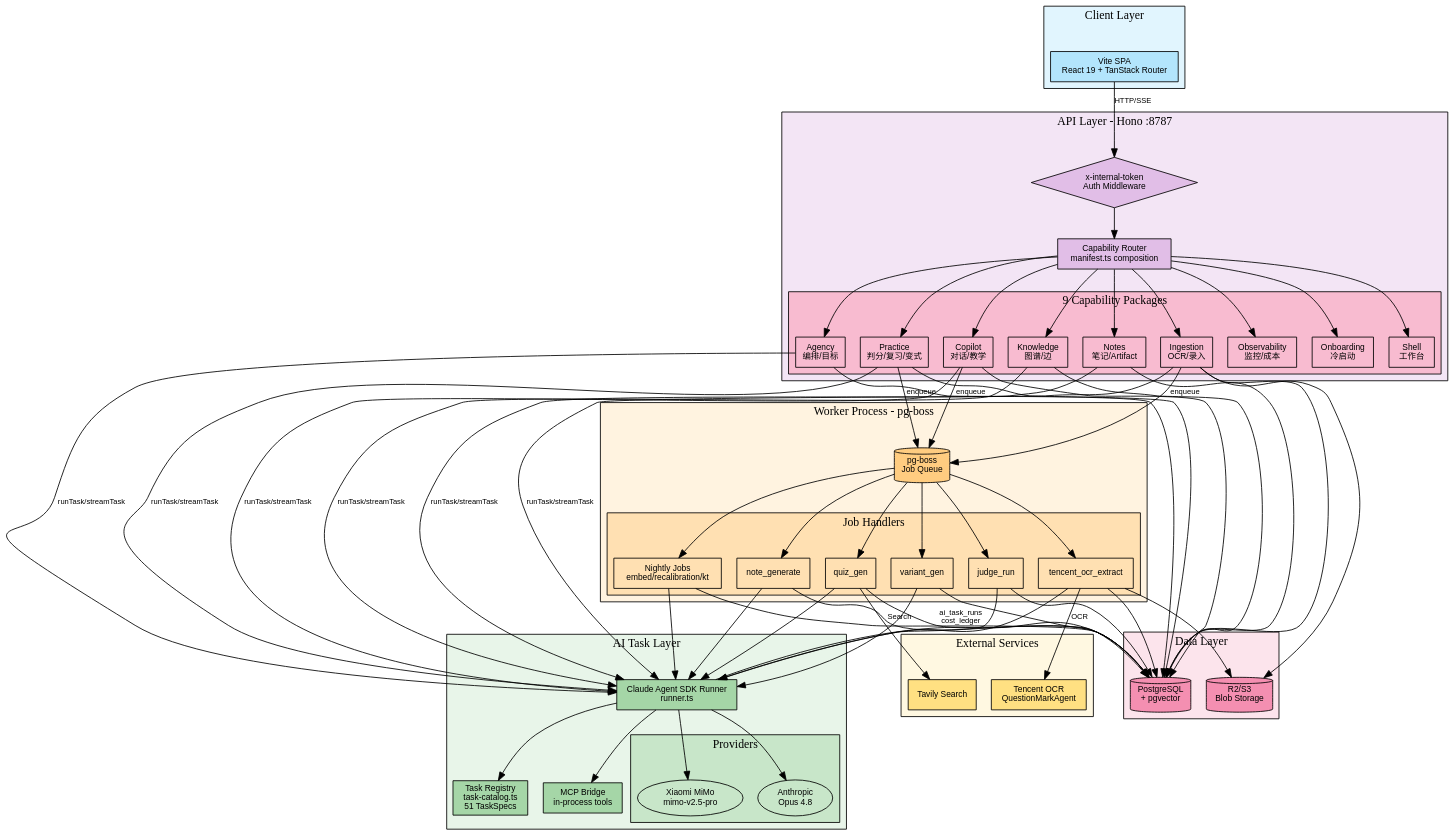
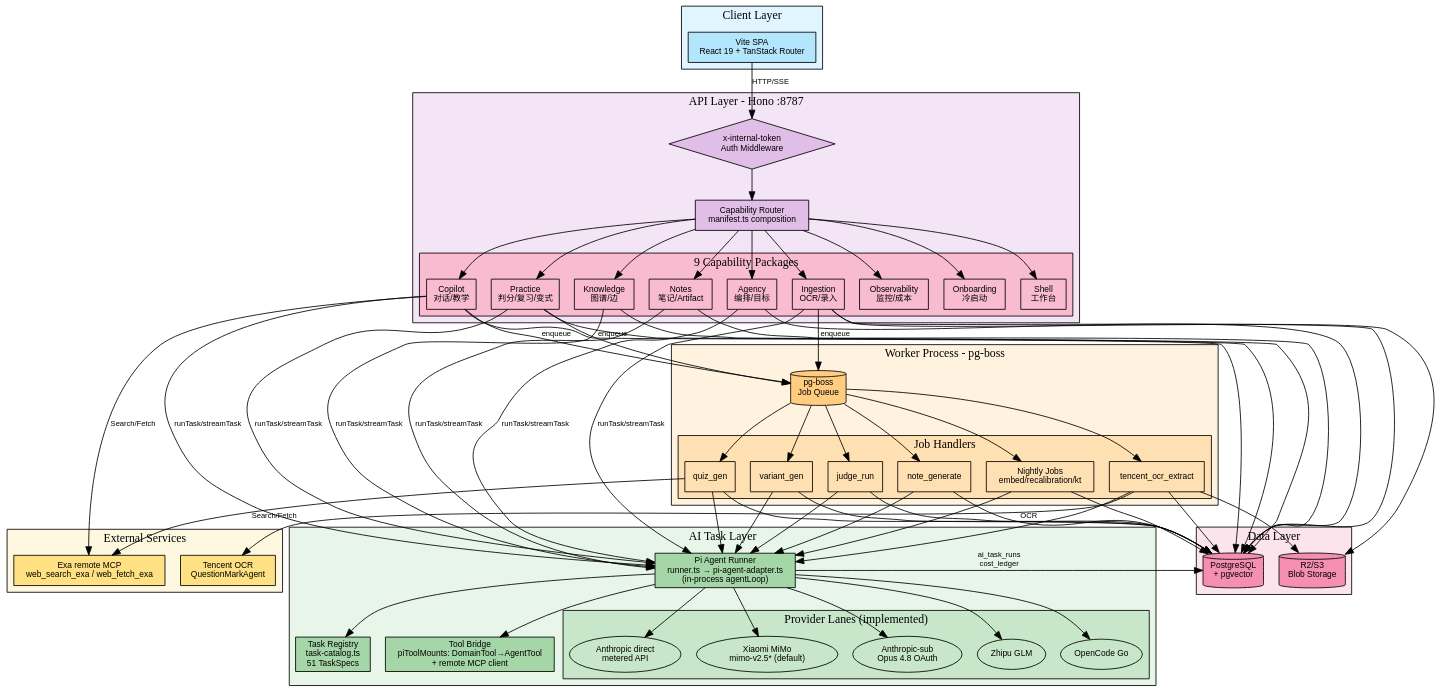
Before and after one commit to Yukoval-Dakia/the-learning-project: the diagram in docs/architecture/ai-pipeline.dot, drawn with Graphviz. The commit also changed 4 other files, not shown here.

First line of the commit message:
docs(YUK-1030): sync ai-pipeline architecture doc with pi reality + restore missing design docs

```diff
--- a/docs/architecture/ai-pipeline.dot
+++ b/docs/architecture/ai-pipeline.dot
@@ -1,164 +1,171 @@
 digraph AIPipeline {
   rankdir=TB;
   bgcolor="transparent";
   node [fontname="Helvetica", fontsize=10];
   edge [fontname="Helvetica", fontsize=9];
 
   // Client Layer
   subgraph cluster_client {
     label="Client Layer";
     style=filled;
     fillcolor="#e1f5fe";
     SPA [label="Vite SPA\nReact 19 + TanStack Router", shape=box, style=filled, fillcolor="#b3e5fc"];
   }
 
   // API Layer
   subgraph cluster_api {
     label="API Layer - Hono :8787";
     style=filled;
     fillcolor="#f3e5f5";
     
     Auth [label="x-internal-token\nAuth Middleware", shape=diamond, style=filled, fillcolor="#e1bee7"];
     Router [label="Capability Router\nmanifest.ts composition", shape=box, style=filled, fillcolor="#e1bee7"];
     
     subgraph cluster_capabilities {
       label="9 Capability Packages";
       style=filled;
       fillcolor="#f8bbd0";
       Practice [label="Practice\n判分/复习/变式", shape=box];
       Copilot [label="Copilot\n对话/教学", shape=box];
       Ingestion [label="Ingestion\nOCR/录入", shape=box];
       Knowledge [label="Knowledge\n图谱/边", shape=box];
       Notes [label="Notes\n笔记/Artifact", shape=box];
       Agency [label="Agency\n编排/目标", shape=box];
       Observability [label="Observability\n监控/成本", shape=box];
       Onboarding [label="Onboarding\n冷启动", shape=box];
       Shell [label="Shell\n工作台", shape=box];
     }
   }
 
   // Worker Layer
   subgraph cluster_worker {
     label="Worker Process - pg-boss";
     style=filled;
     fillcolor="#fff3e0";
     
     Boss [label="pg-boss\nJob Queue", shape=cylinder, style=filled, fillcolor="#ffcc80"];
     
     subgraph cluster_jobs {
       label="Job Handlers";
       style=filled;
       fillcolor="#ffe0b2";
       OCR [label="tencent_ocr_extract", shape=box];
       QuizGen [label="quiz_gen", shape=box];
       VariantGen [label="variant_gen", shape=box];
       JudgeRun [label="judge_run", shape=box];
       NoteGen [label="note_generate", shape=box];
       Nightly [label="Nightly Jobs\nembed/recalibration/kt", shape=box];
     }
   }
 
   // AI Task Layer
   subgraph cluster_ai {
     label="AI Task Layer";
     style=filled;
     fillcolor="#e8f5e9";
     
-    Runner [label="Claude Agent SDK Runner\nrunner.ts", shape=box, style=filled, fillcolor="#a5d6a7"];
+    Runner [label="Pi Agent Runner\nrunner.ts → pi-agent-adapter.ts\n(in-process agentLoop)", shape=box, style=filled, fillcolor="#a5d6a7"];
     Registry [label="Task Registry\ntask-catalog.ts\n51 TaskSpecs", shape=box, style=filled, fillcolor="#a5d6a7"];
-    MCP [label="MCP Bridge\nin-process tools", shape=box, style=filled, fillcolor="#a5d6a7"];
+    ToolBridge [label="Tool Bridge\npiToolMounts: DomainTool→AgentTool\n+ remote MCP client", shape=box, style=filled, fillcolor="#a5d6a7"];
     
     subgraph cluster_providers {
-      label="Providers";
+      label="Provider Lanes (implemented)";
       style=filled;
       fillcolor="#c8e6c9";
-      Mimo [label="Xiaomi MiMo\nmimo-v2.5-pro", shape=ellipse];
-      Anthropic [label="Anthropic\nOpus 4.8", shape=ellipse];
+      Mimo [label="Xiaomi MiMo\nmimo-v2.5* (default)", shape=ellipse];
+      AnthropicSub [label="Anthropic-sub\nOpus 4.8 OAuth", shape=ellipse];
+      Zhipu [label="Zhipu GLM", shape=ellipse];
+      OpenCodeGo [label="OpenCode Go", shape=ellipse];
+      Anthropic [label="Anthropic direct\nmetered API", shape=ellipse];
     }
   }
 
   // Data Layer
   subgraph cluster_data {
     label="Data Layer";
     style=filled;
     fillcolor="#fce4ec";
     
     PG [label="PostgreSQL\n+ pgvector", shape=cylinder, style=filled, fillcolor="#f48fb1"];
     R2 [label="R2/S3\nBlob Storage", shape=cylinder, style=filled, fillcolor="#f48fb1"];
   }
 
   // External Services
   subgraph cluster_external {
     label="External Services";
     style=filled;
     fillcolor="#fff8e1";
     
     Tencent [label="Tencent OCR\nQuestionMarkAgent", shape=box, style=filled, fillcolor="#ffe082"];
-    Tavily [label="Tavily Search", shape=box, style=filled, fillcolor="#ffe082"];
+    Exa [label="Exa remote MCP\nweb_search_exa / web_fetch_exa", shape=box, style=filled, fillcolor="#ffe082"];
   }
 
   // Connections
   SPA -> Auth [label="HTTP/SSE"];
   Auth -> Router;
   Router -> Practice;
   Router -> Copilot;
   Router -> Ingestion;
   Router -> Knowledge;
   Router -> Notes;
   Router -> Agency;
   Router -> Observability;
   Router -> Onboarding;
   Router -> Shell;
   
   Practice -> Boss [label="enqueue"];
   Copilot -> Boss [label="enqueue"];
   Ingestion -> Boss [label="enqueue"];
   
   Boss -> OCR;
   Boss -> QuizGen;
   Boss -> VariantGen;
   Boss -> JudgeRun;
   Boss -> NoteGen;
   Boss -> Nightly;
   
   Practice -> Runner [label="runTask/streamTask"];
   Copilot -> Runner [label="runTask/streamTask"];
   Ingestion -> Runner [label="runTask/streamTask"];
   Knowledge -> Runner [label="runTask/streamTask"];
   Notes -> Runner [label="runTask/streamTask"];
   Agency -> Runner [label="runTask/streamTask"];
   
   OCR -> Runner;
   QuizGen -> Runner;
   VariantGen -> Runner;
   JudgeRun -> Runner;
   NoteGen -> Runner;
   Nightly -> Runner;
   
   Runner -> Registry;
-  Runner -> MCP;
+  Runner -> ToolBridge;
   Runner -> Mimo;
+  Runner -> AnthropicSub;
+  Runner -> Zhipu;
+  Runner -> OpenCodeGo;
   Runner -> Anthropic;
   
   OCR -> Tencent [label="OCR"];
-  QuizGen -> Tavily [label="Search"];
+  QuizGen -> Exa [label="Search/Fetch"];
+  Copilot -> Exa [label="Search/Fetch"];
   
   Practice -> PG;
   Copilot -> PG;
   Ingestion -> PG;
   Knowledge -> PG;
   Notes -> PG;
   Agency -> PG;
   
   OCR -> PG;
   QuizGen -> PG;
   VariantGen -> PG;
   JudgeRun -> PG;
   NoteGen -> PG;
   Nightly -> PG;
   
   Runner -> PG [label="ai_task_runs\ncost_ledger"];
   
   Ingestion -> R2;
   OCR -> R2;
 }
```
